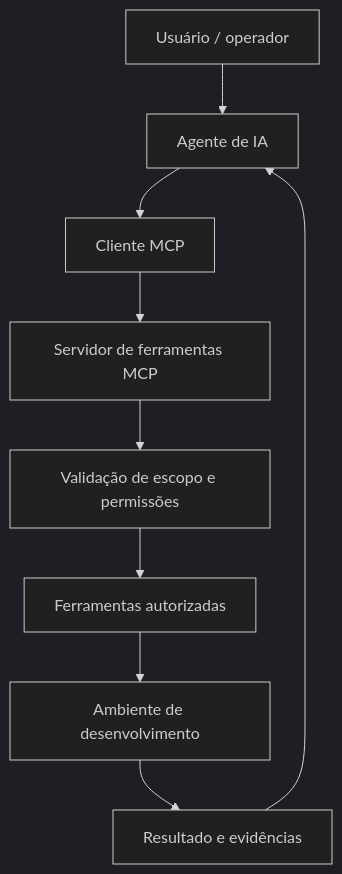
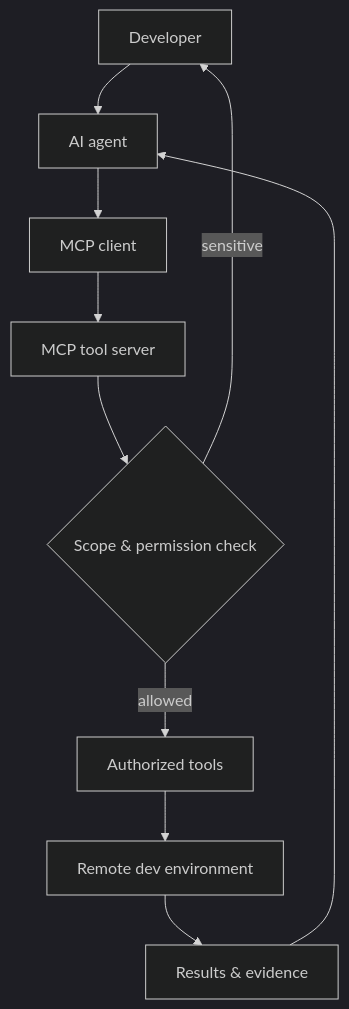
The diagram in projects/mcp.md (wesley-isaias/wesley-isaias), drawn with Mermaid (dark theme) before and after one commit. The commit also changed other lines of this file and 10 other files, not shown here.

````diff
--- a/projects/mcp.md
+++ b/projects/mcp.md
@@ -19,11 +19,12 @@
 ```mermaid
 flowchart TD
-  A[Usuário / operador] --> B[Agente de IA]
-  B --> C[Cliente MCP]
-  C --> D[Servidor de ferramentas MCP]
-  D --> E[Validação de escopo e permissões]
-  E --> F[Ferramentas autorizadas]
-  F --> G[Ambiente de desenvolvimento]
-  G --> H[Resultado e evidências]
+  A[Developer] --> B[AI agent]
+  B --> C[MCP client]
+  C --> D[MCP tool server]
+  D --> E{Scope & permission check}
+  E -- allowed --> F[Authorized tools]
+  E -- sensitive --> A
+  F --> G[Remote dev environment]
+  G --> H[Results & evidence]
   H --> B
 ```
````
